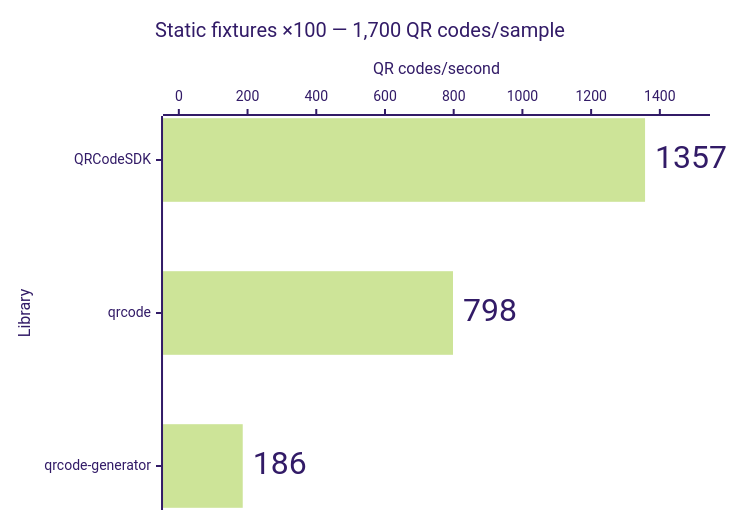
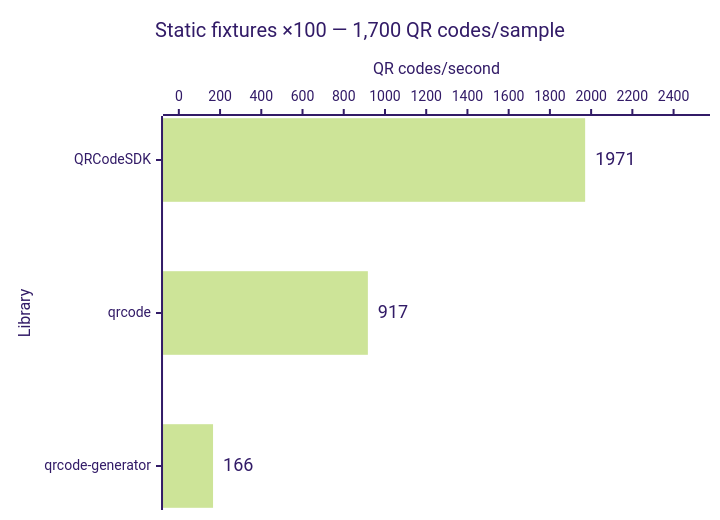
Before and after one commit to Dafnik/qrcodesdk: the seventh of 14 diagrams in apps/docs/src/content/docs/learn/performance.md, drawn with Mermaid (forest theme). The commit also changed other lines of this file, not shown here.

````diff
--- a/apps/docs/src/content/docs/learn/performance.md
+++ b/apps/docs/src/content/docs/learn/performance.md
@@ -147,15 +147,15 @@
 ```mermaid
 ---
 config:
   xyChart:
     showDataLabel: true
     showDataLabelOutsideBar: true
 ---
 xychart horizontal
   accTitle: Automatic matrix generation: Static fixtures ×100 — 1,700 QR codes/sample
-  accDescr: Throughput calculated from median time. QRCodeSDK 1,357 QR codes per second, qrcode 798 QR codes per second, qrcode-generator 186 QR codes per second. Higher is better.
+  accDescr: Throughput calculated from median time. QRCodeSDK 1,971 QR codes per second, qrcode 917 QR codes per second, qrcode-generator 166 QR codes per second. Higher is better.
   title "Static fixtures ×100 — 1,700 QR codes/sample"
   x-axis "Library" ["QRCodeSDK", "qrcode", "qrcode-generator"]
-  y-axis "QR codes/second" 0 --> 1500
-  bar [1357, 798, 186]
+  y-axis "QR codes/second" 0 --> 2500
+  bar [1971, 917, 166]
 ```
````
